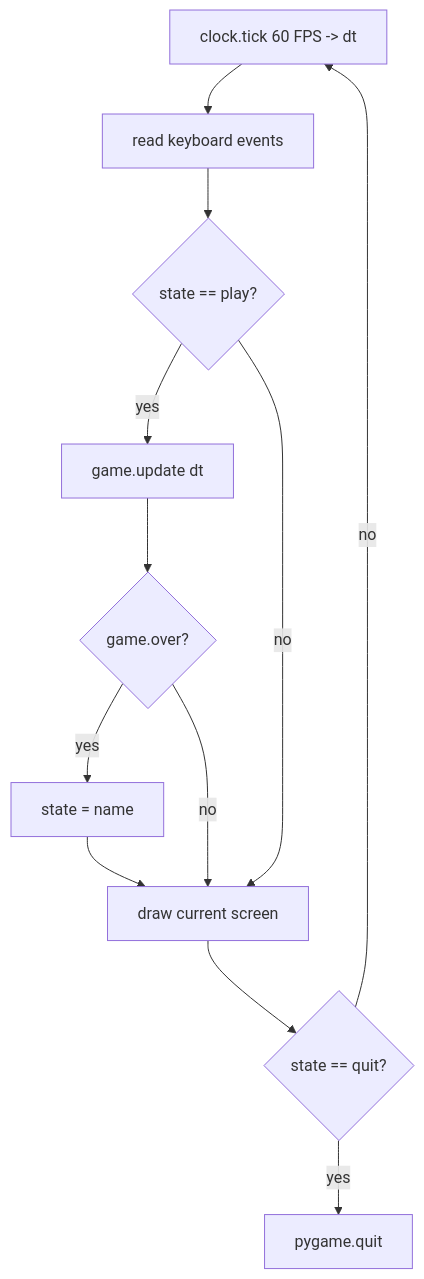
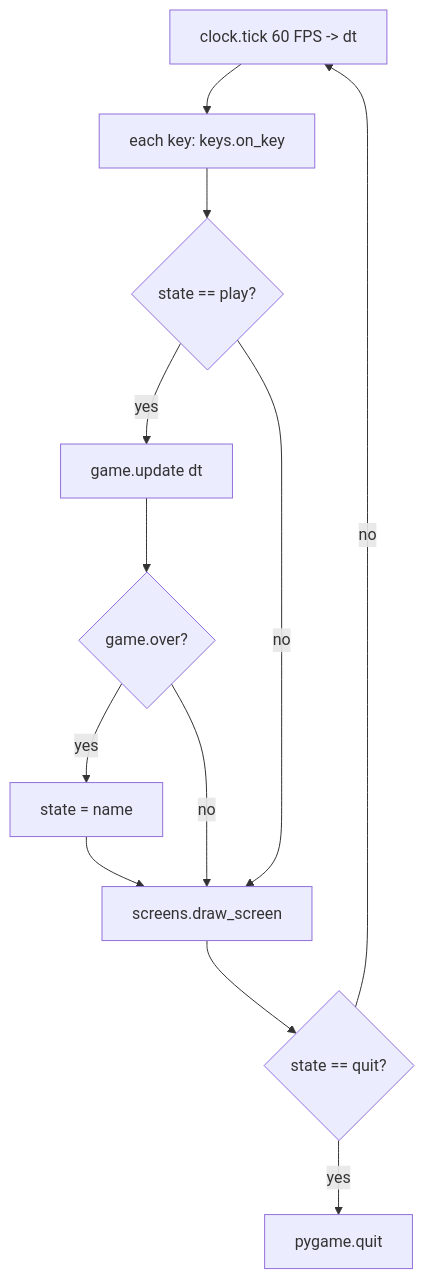
Before and after one commit to FatemehYSF/Pacman_Coco: the second of 6 diagrams in project_management/diagrams.md, drawn with Mermaid. The commit also changed other lines of this file and 10 other files, not shown here.

````diff
--- a/project_management/diagrams.md
+++ b/project_management/diagrams.md
@@ -24,14 +24,14 @@
 ```mermaid
 flowchart TD
-    A[clock.tick 60 FPS -> dt] --> B[read keyboard events]
+    A[clock.tick 60 FPS -> dt] --> B[each key: keys.on_key]
     B --> C{state == play?}
     C -- yes --> D[game.update dt]
     D --> E{game.over?}
     E -- yes --> F[state = name]
-    E -- no --> G[draw current screen]
+    E -- no --> G[screens.draw_screen]
     C -- no --> G
     F --> G
     G --> H{state == quit?}
     H -- no --> A
     H -- yes --> I[pygame.quit]
 ```
````
